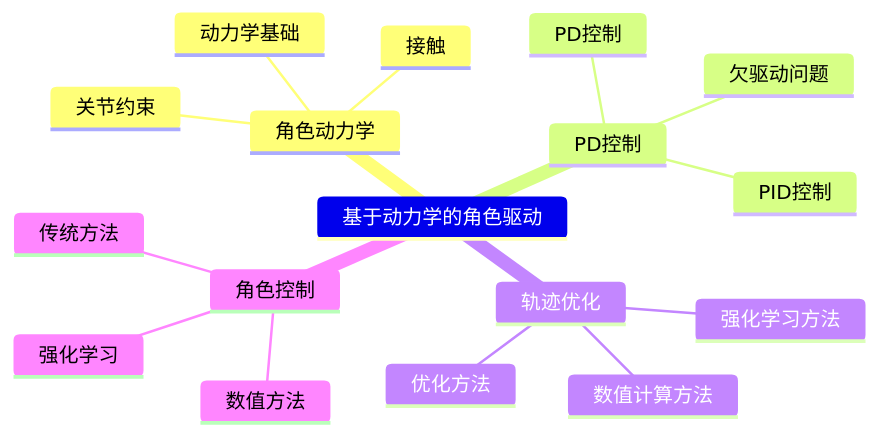
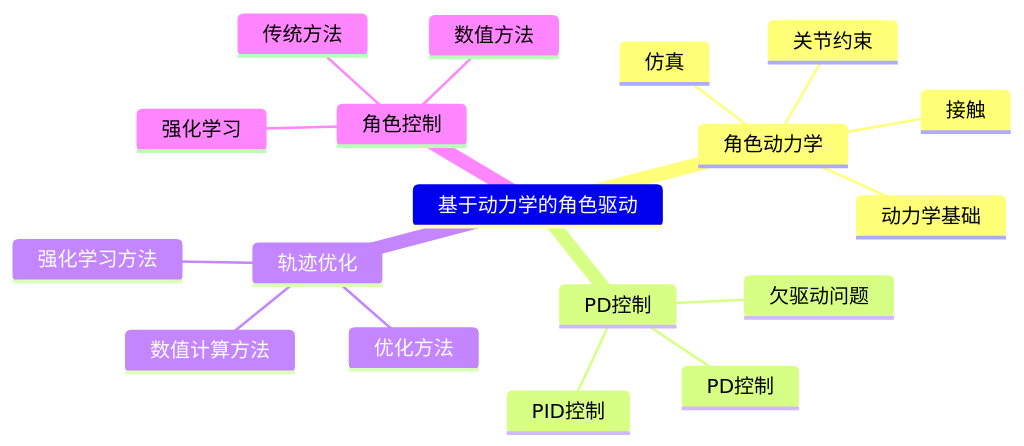
One commit to CaterpillarStudyGroup/GAMES105_mdbook changed the diagram in src/Simulation.md. Above: the diagram before and after it, drawn with Mermaid. The commit also changed other lines of this file and 2 other files, not shown here.

````diff
--- a/src/Simulation.md
+++ b/src/Simulation.md
@@ -12,20 +12,21 @@
 ```mermaid
 mindmap
 基于动力学的角色驱动
    角色动力学
+      仿真
       动力学基础
       关节约束
       接触
    PD控制
       PD控制
       PID控制
       欠驱动问题
    轨迹优化
       优化方法
       数值计算方法
       强化学习方法
    角色控制
       传统方法
       数值方法
       强化学习
 ```
````
